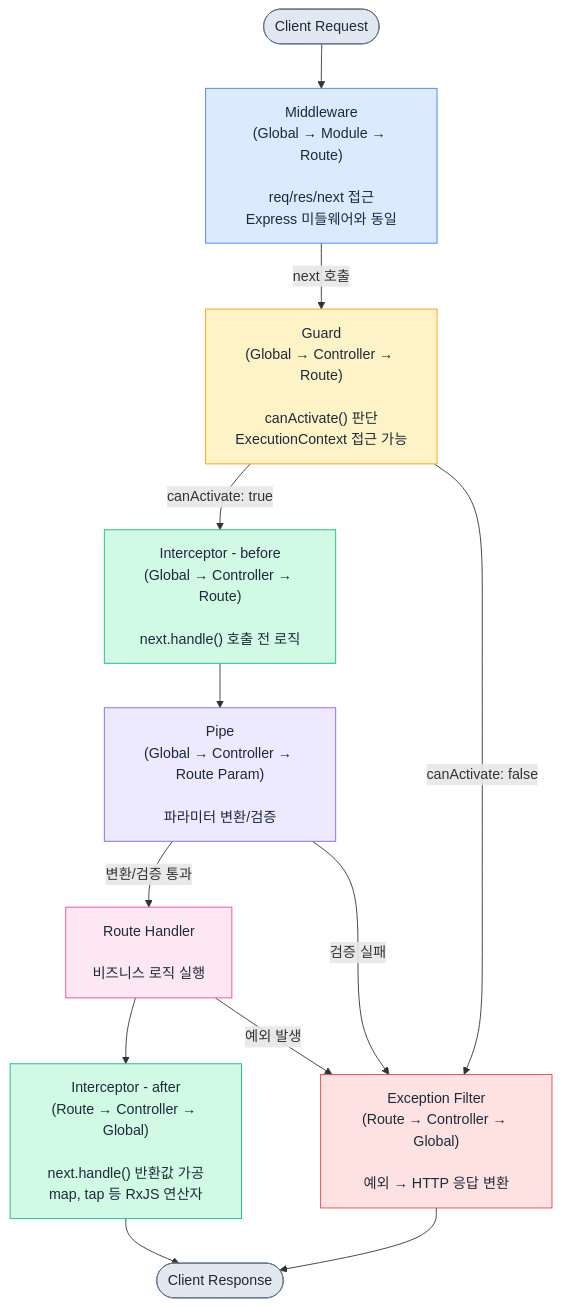
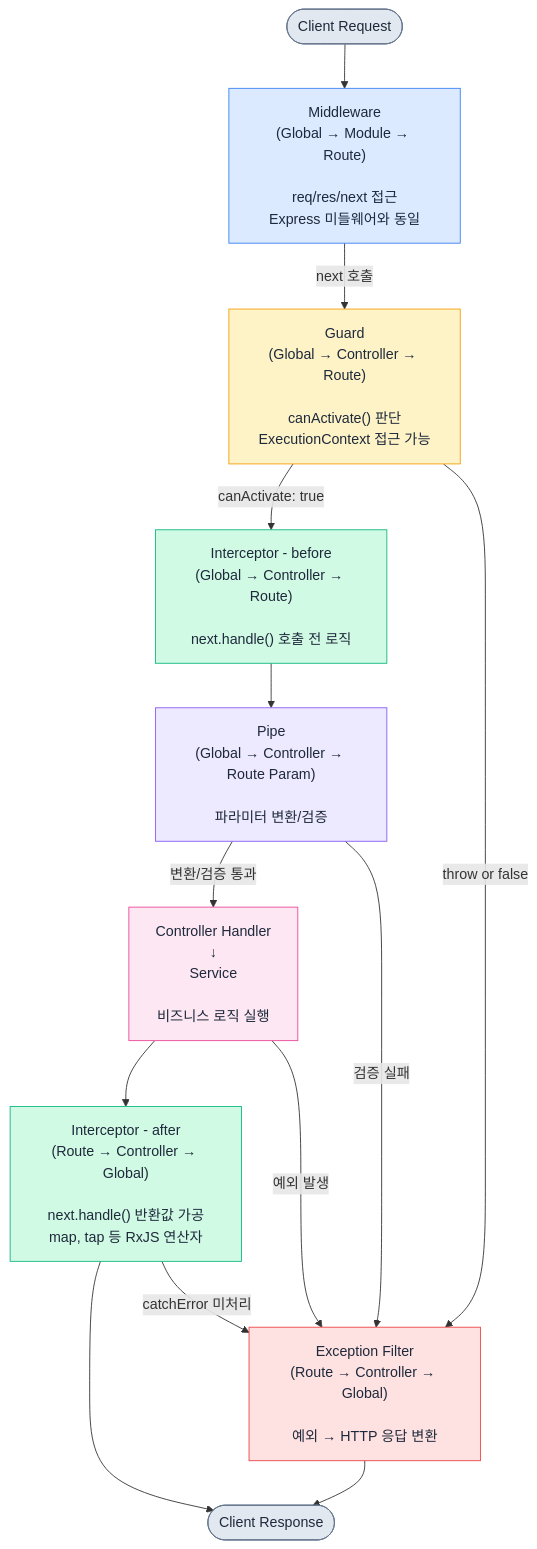
The first of 2 diagrams in Develop/Framework/Node/NestJS/Nest_JS_요청_라이프사이클.md (GYUTORY/YGSTUDY), drawn with Mermaid before and after one commit. The commit also changed other lines of this file and 7 other files, not shown here.

````diff
--- a/Develop/Framework/Node/NestJS/Nest_JS_요청_라이프사이클.md
+++ b/Develop/Framework/Node/NestJS/Nest_JS_요청_라이프사이클.md
@@ -39,35 +45,36 @@
 ```mermaid
 flowchart TD
     Client(["Client Request"])
-    MW["Middleware\n(Global → Module → Route)\n\nreq/res/next 접근\nExpress 미들웨어와 동일"]
-    GD["Guard\n(Global → Controller → Route)\n\ncanActivate() 판단\nExecutionContext 접근 가능"]
-    INT_B["Interceptor - before\n(Global → Controller → Route)\n\nnext.handle() 호출 전 로직"]
-    PP["Pipe\n(Global → Controller → Route Param)\n\n파라미터 변환/검증"]
-    HD["Route Handler\n\n비즈니스 로직 실행"]
-    INT_A["Interceptor - after\n(Route → Controller → Global)\n\nnext.handle() 반환값 가공\nmap, tap 등 RxJS 연산자"]
-    EF["Exception Filter\n(Route → Controller → Global)\n\n예외 → HTTP 응답 변환"]
+    MW["Middleware<br/>(Global → Module → Route)<br/><br/>req/res/next 접근<br/>Express 미들웨어와 동일"]
+    GD["Guard<br/>(Global → Controller → Route)<br/><br/>canActivate() 판단<br/>ExecutionContext 접근 가능"]
+    INT_B["Interceptor - before<br/>(Global → Controller → Route)<br/><br/>next.handle() 호출 전 로직"]
+    PP["Pipe<br/>(Global → Controller → Route Param)<br/><br/>파라미터 변환/검증"]
+    HD["Controller Handler<br/>↓<br/>Service<br/><br/>비즈니스 로직 실행"]
+    INT_A["Interceptor - after<br/>(Route → Controller → Global)<br/><br/>next.handle() 반환값 가공<br/>map, tap 등 RxJS 연산자"]
+    EF["Exception Filter<br/>(Route → Controller → Global)<br/><br/>예외 → HTTP 응답 변환"]
     RES(["Client Response"])
 
     Client --> MW
     MW -->|next 호출| GD
     GD -->|canActivate: true| INT_B
     INT_B --> PP
     PP -->|변환/검증 통과| HD
     HD --> INT_A
     INT_A --> RES
 
-    GD -->|canActivate: false| EF
+    GD -->|throw or false| EF
     PP -->|검증 실패| EF
     HD -->|예외 발생| EF
+    INT_A -->|catchError 미처리| EF
     EF --> RES
 
     style Client fill:#e2e8f0,stroke:#64748b,color:#1e293b
     style RES fill:#e2e8f0,stroke:#64748b,color:#1e293b
     style MW fill:#dbeafe,stroke:#3b82f6,color:#1e293b
     style GD fill:#fef3c7,stroke:#f59e0b,color:#1e293b
     style INT_B fill:#d1fae5,stroke:#10b981,color:#1e293b
     style INT_A fill:#d1fae5,stroke:#10b981,color:#1e293b
     style PP fill:#ede9fe,stroke:#8b5cf6,color:#1e293b
     style HD fill:#fce7f3,stroke:#ec4899,color:#1e293b
     style EF fill:#fee2e2,stroke:#ef4444,color:#1e293b
 ```
````
